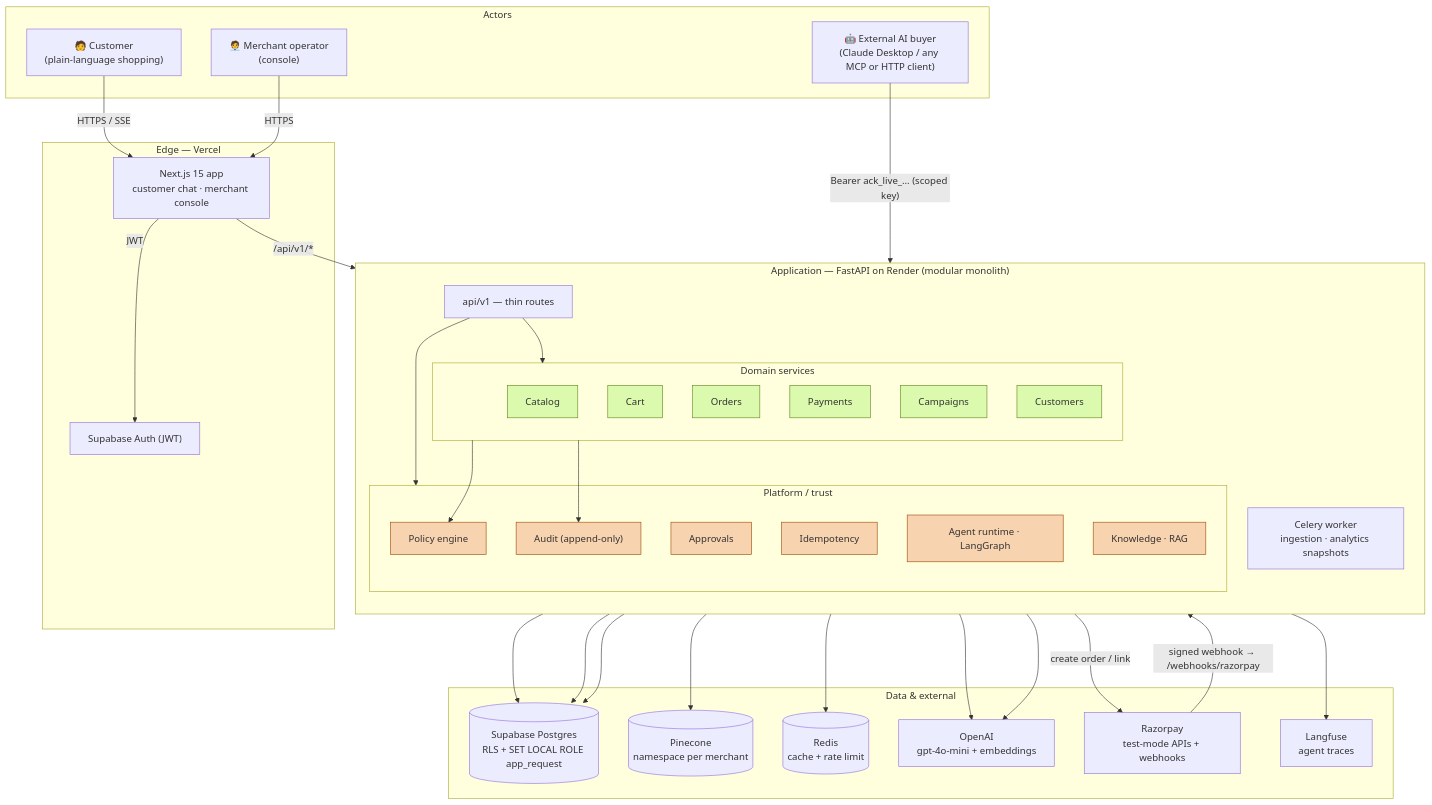
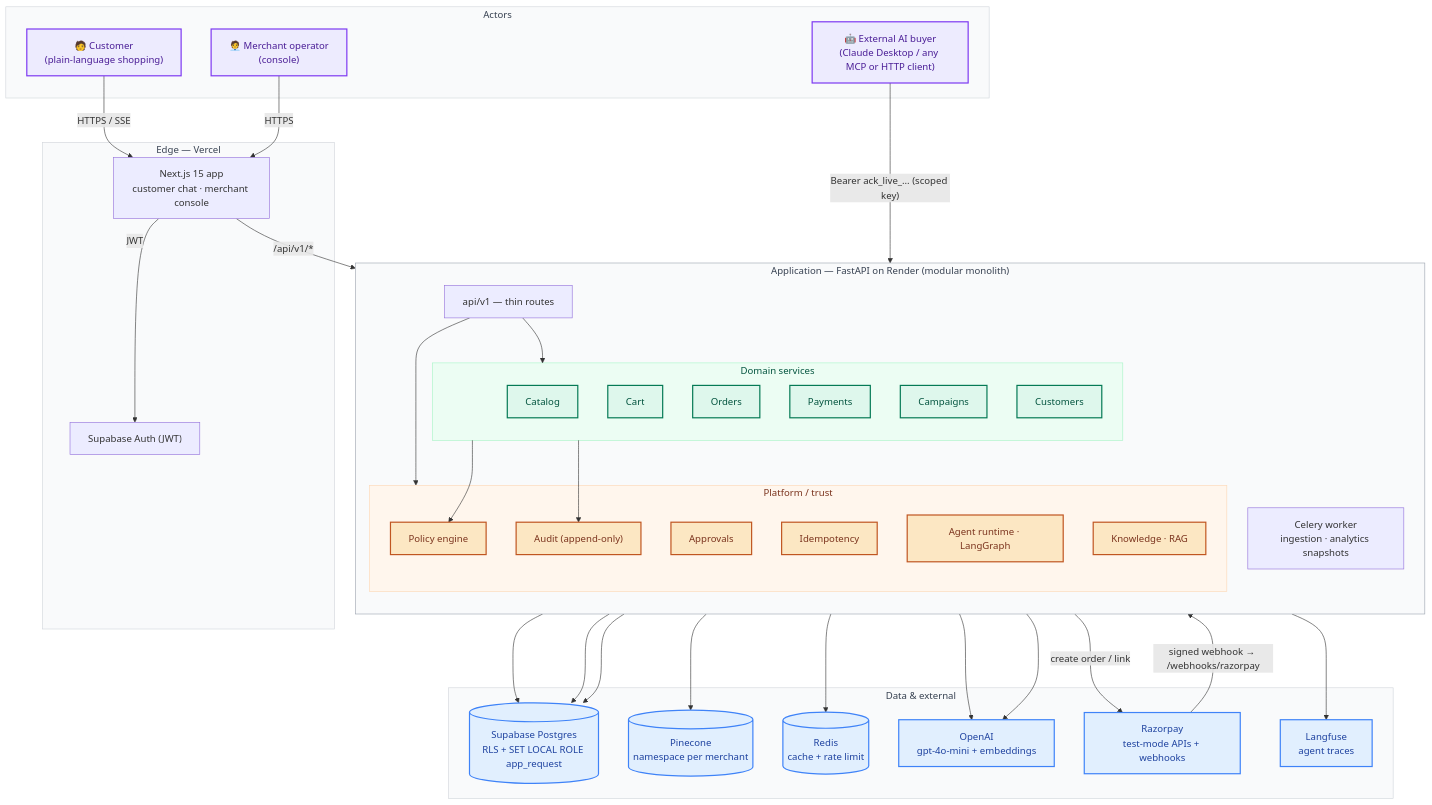
One commit to donthalamohanrao0-coder/commerceos changed the first of 13 diagrams in README.md. Above: the diagram before and after it, drawn with Mermaid. The commit also changed other lines of this file and 2 other files, not shown here.

Commit message:
docs(readme): add intro + problem hero images; clarify System context colors
- Two visual header images at the top of the README (intro card, problem
  overview infographic).
- System context diagram: replace the washed-out pale green/peach fills with
  a high-contrast four-colour scheme (purple actors, green domain services,
  amber trust layer, blue dependencies) and tint the Domain / Platform
  subgraph containers to match. All 13 diagrams still render.

````diff
--- a/README.md
+++ b/README.md
@@ -55,67 +65,76 @@
 ```mermaid
 flowchart TB
   subgraph Actors
-    C["🧑 Customer<br/>(plain-language shopping)"]
-    M["🧑‍💼 Merchant operator<br/>(console)"]
-    B["🤖 External AI buyer<br/>(Claude Desktop / any MCP or HTTP client)"]
+    C["🧑 Customer<br/>(plain-language shopping)"]:::act
+    M["🧑‍💼 Merchant operator<br/>(console)"]:::act
+    B["🤖 External AI buyer<br/>(Claude Desktop / any MCP or HTTP client)"]:::act
   end
 
   subgraph Edge["Edge — Vercel"]
     WEB["Next.js 15 app<br/>customer chat · merchant console"]
     AUTH["Supabase Auth (JWT)"]
   end
 
   subgraph App["Application — FastAPI on Render (modular monolith)"]
     direction TB
     API["api/v1 — thin routes"]
     subgraph Domains["Domain services"]
       CAT[Catalog]:::d
       CART[Cart]:::d
       ORD[Orders]:::d
       PAY[Payments]:::d
       CMP[Campaigns]:::d
       CUS[Customers]:::d
     end
     subgraph Platform["Platform / trust"]
       POL[Policy engine]:::t
       APR[Approvals]:::t
       AUD["Audit (append-only)"]:::t
       IDMP[Idempotency]:::t
       AG["Agent runtime · LangGraph"]:::t
       KB["Knowledge · RAG"]:::t
     end
     WRK["Celery worker<br/>ingestion · analytics snapshots"]
   end
 
   subgraph Data["Data & external"]
-    PG[("Supabase Postgres<br/>RLS + SET LOCAL ROLE app_request")]
-    PC[("Pinecone<br/>namespace per merchant")]
-    RD[("Redis<br/>cache + rate limit")]
-    OAI["OpenAI<br/>gpt-4o-mini + embeddings"]
-    RZP["Razorpay<br/>test-mode APIs + webhooks"]
-    LF["Langfuse<br/>agent traces"]
+    PG[("Supabase Postgres<br/>RLS + SET LOCAL ROLE app_request")]:::ext
+    PC[("Pinecone<br/>namespace per merchant")]:::ext
+    RD[("Redis<br/>cache + rate limit")]:::ext
+    OAI["OpenAI<br/>gpt-4o-mini + embeddings"]:::ext
+    RZP["Razorpay<br/>test-mode APIs + webhooks"]:::ext
+    LF["Langfuse<br/>agent traces"]:::ext
   end
 
   C -->|HTTPS / SSE| WEB
   M -->|HTTPS| WEB
   B -->|"Bearer ack_live_… (scoped key)"| API
   WEB -->|JWT| AUTH
   WEB -->|"/api/v1/*"| API
   API --> Domains
   API --> Platform
   Domains --> POL
   Domains --> AUD
   AG --> OAI
   KB --> PC
   KB --> OAI
   Platform --> PG
   Domains --> PG
   WRK --> PG
   Platform --> RD
   PAY -->|create order / link| RZP
   RZP -->|"signed webhook → /webhooks/razorpay"| API
   AG --> LF
 
-  classDef d fill:#dbfaad,stroke:#608520;
-  classDef t fill:#f8d3af,stroke:#9b4a07;
+  classDef act fill:#EDEBFE,stroke:#7E3AF2,stroke-width:2px,color:#4A1D96;
+  classDef d fill:#DEF7EC,stroke:#057A55,stroke-width:2px,color:#03543F;
+  classDef t fill:#FCE7C3,stroke:#C05621,stroke-width:2px,color:#7B341E;
+  classDef ext fill:#E1EFFE,stroke:#3F83F8,stroke-width:2px,color:#1E429F;
+
+  style Actors fill:#F9FAFB,stroke:#D1D5DB,color:#374151
+  style Edge fill:#F9FAFB,stroke:#D1D5DB,color:#374151
+  style App fill:#F9FAFB,stroke:#9CA3AF,color:#374151
+  style Domains fill:#ECFDF3,stroke:#A6F4C5,color:#03543F
+  style Platform fill:#FFF6ED,stroke:#FDD8B5,color:#7B341E
+  style Data fill:#F9FAFB,stroke:#D1D5DB,color:#374151
 ```
````
